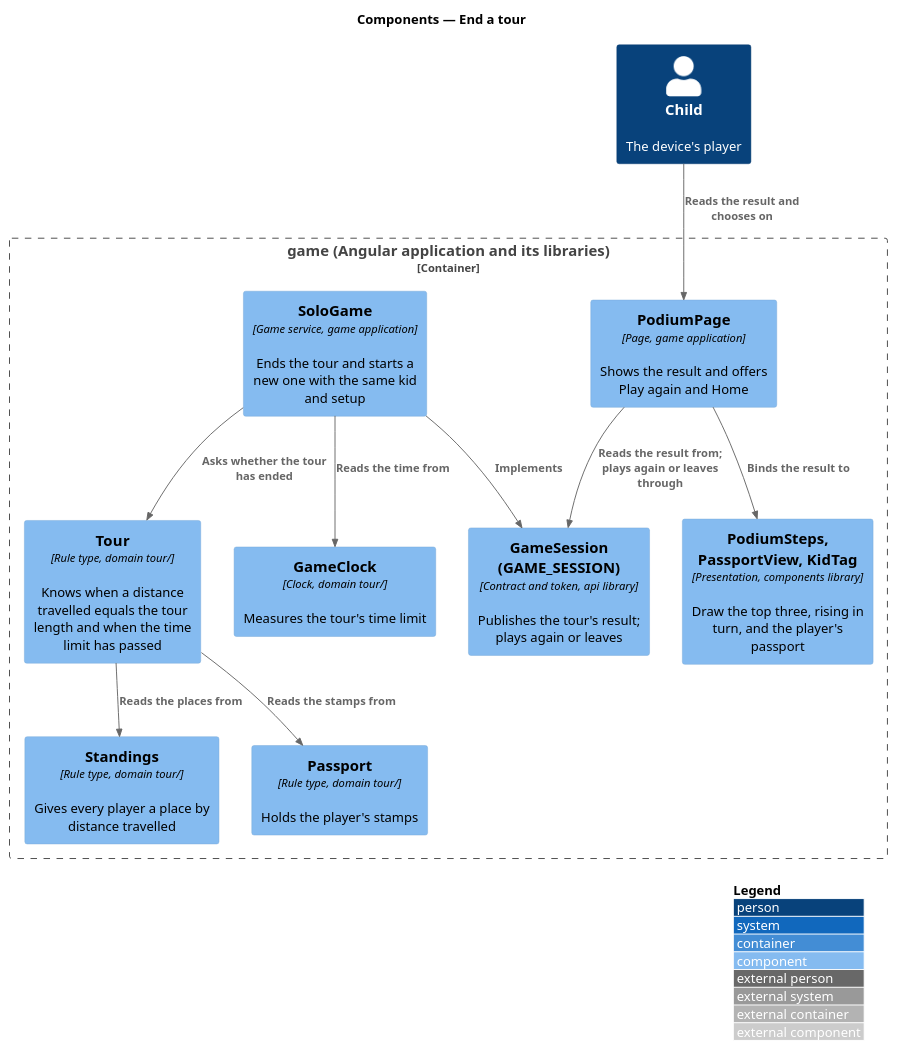
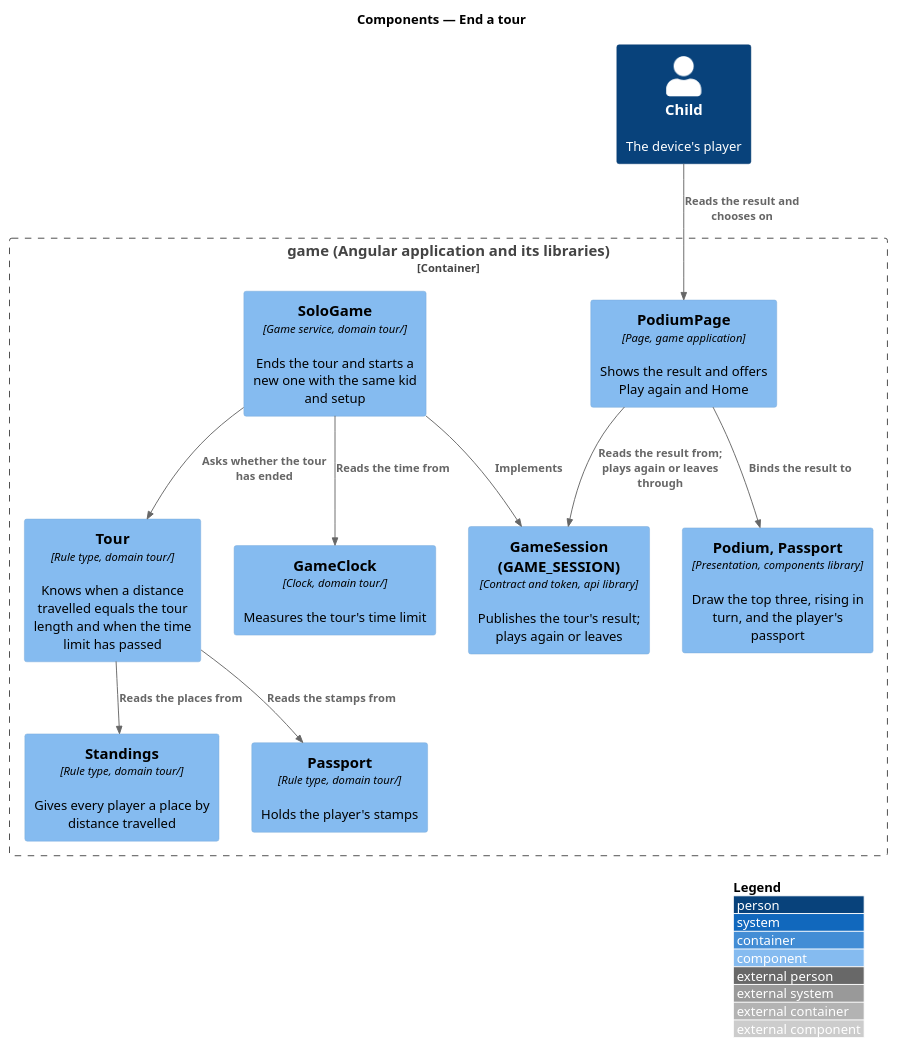
Before and after one commit to QuinntyneBrown/around-the-world: the diagram in docs/detailed-designs/tour/end-tour/diagrams/c4-component.puml, drawn with PlantUML. The commit also changed 13 other files, not shown here.

First line of the commit message:
Settle how a tour ends: time limit, places, first stamp, headline and Play again

```diff
--- a/docs/detailed-designs/tour/end-tour/diagrams/c4-component.puml
+++ b/docs/detailed-designs/tour/end-tour/diagrams/c4-component.puml
@@ -1,25 +1,25 @@
 @startuml
 !include <C4/C4_Component>
 LAYOUT_WITH_LEGEND()
 title Components — End a tour
 
 Person(child, "Child", "The device's player")
 Container_Boundary(game, "game (Angular application and its libraries)") {
   Component(page, "PodiumPage", "Page, game application", "Shows the result and offers Play again and Home")
-  Component(views, "PodiumSteps, PassportView, KidTag", "Presentation, components library", "Draw the top three, rising in turn, and the player's passport")
+  Component(views, "Podium, Passport", "Presentation, components library", "Draw the top three, rising in turn, and the player's passport")
   Component(session, "GameSession (GAME_SESSION)", "Contract and token, api library", "Publishes the tour's result; plays again or leaves")
-  Component(solo, "SoloGame", "Game service, game application", "Ends the tour and starts a new one with the same kid and setup")
+  Component(solo, "SoloGame", "Game service, domain tour/", "Ends the tour and starts a new one with the same kid and setup")
   Component(tour, "Tour", "Rule type, domain tour/", "Knows when a distance travelled equals the tour length and when the time limit has passed")
   Component(standings, "Standings", "Rule type, domain tour/", "Gives every player a place by distance travelled")
   Component(passport, "Passport", "Rule type, domain tour/", "Holds the player's stamps")
   Component(clock, "GameClock", "Clock, domain tour/", "Measures the tour's time limit")
 }
 Rel(child, page, "Reads the result and chooses on")
 Rel(page, views, "Binds the result to")
 Rel(page, session, "Reads the result from; plays again or leaves through")
 Rel(solo, session, "Implements")
 Rel(solo, tour, "Asks whether the tour has ended")
 Rel(solo, clock, "Reads the time from")
 Rel(tour, standings, "Reads the places from")
 Rel(tour, passport, "Reads the stamps from")
 @enduml
```
